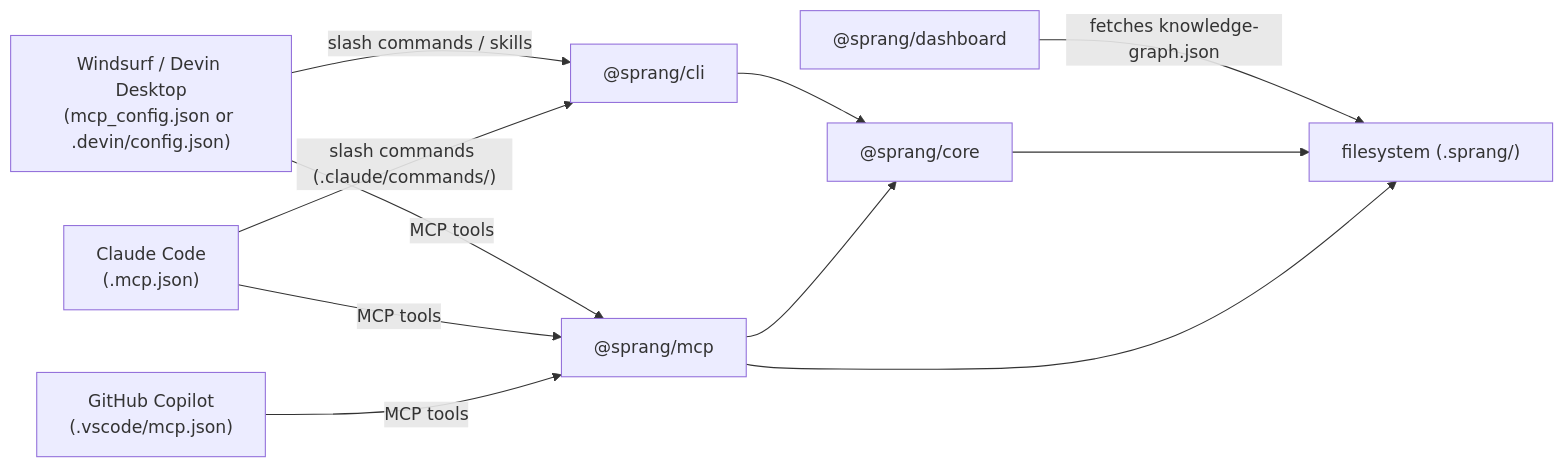
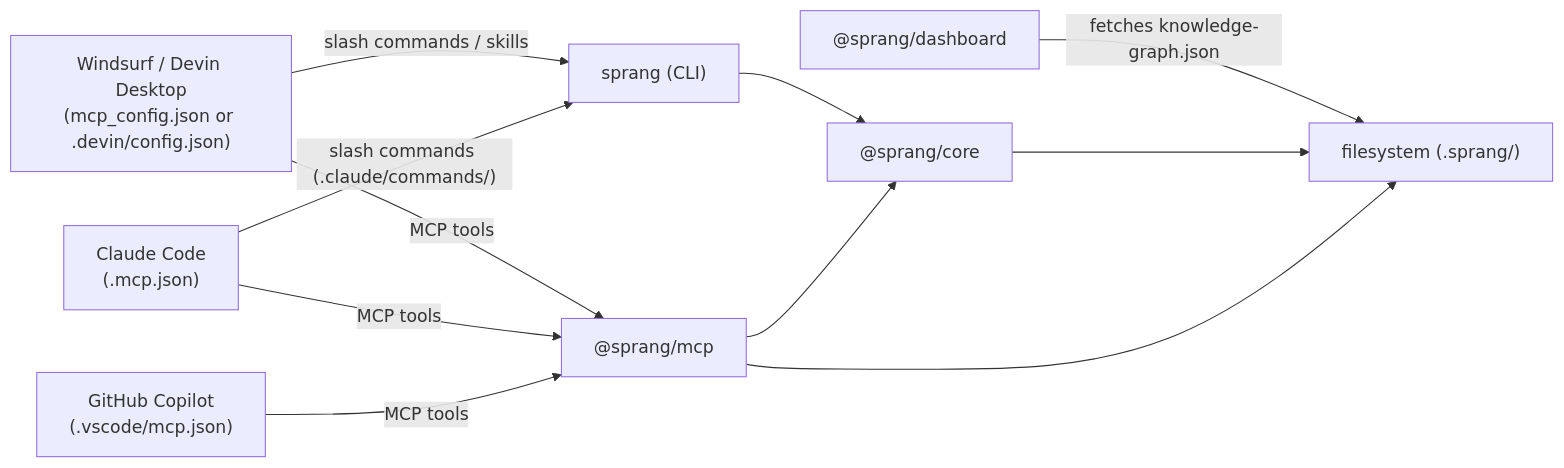
One commit to FavioVazquez/sprang changed the first of 3 diagrams in README.md. Above: the diagram before and after it, drawn with Mermaid. The commit also changed other lines of this file and 4 other files, not shown here.

First line of the commit message:
chore(publish): remove orphaned bin/install.js, harden manifest check, verify published flow

````diff
--- a/README.md
+++ b/README.md
@@ -578,16 +578,16 @@
 ```mermaid
 graph LR
-    CLI["@sprang/cli"] --> CORE["@sprang/core"]
+    CLI["sprang (CLI)"] --> CORE["@sprang/core"]
     MCP["@sprang/mcp"] --> CORE
     DASH["@sprang/dashboard"] -->|"fetches knowledge-graph.json"| FS["filesystem (.sprang/)"]
     CORE --> FS
     MCP --> FS
 
     CASCADE["Windsurf / Devin Desktop\n(mcp_config.json or .devin/config.json)"] -->|"MCP tools"| MCP
     CASCADE -->|"slash commands / skills"| CLI
 
     CLAUDE["Claude Code\n(.mcp.json)"] -->|"MCP tools"| MCP
     CLAUDE -->|"slash commands (.claude/commands/)"| CLI
 
     COPILOT["GitHub Copilot\n(.vscode/mcp.json)"] -->|"MCP tools"| MCP
 ```
````
